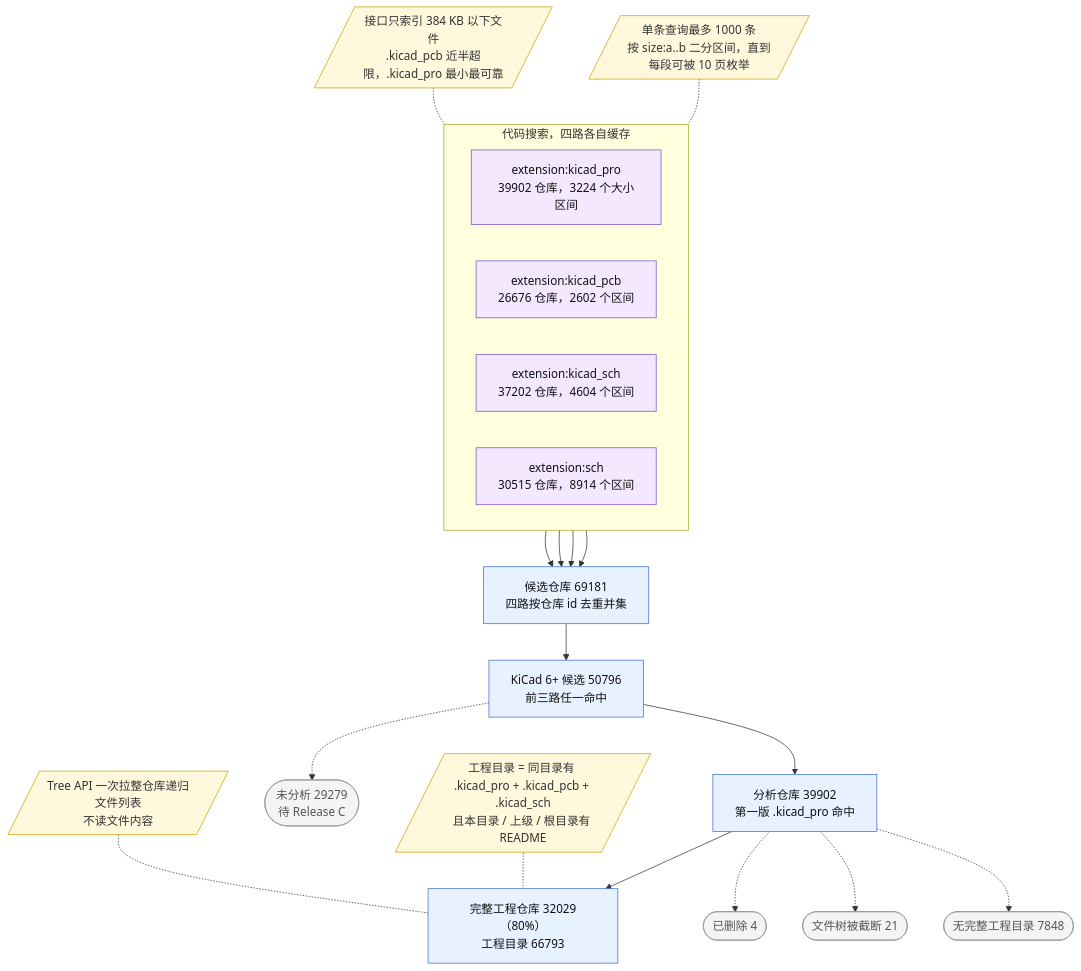
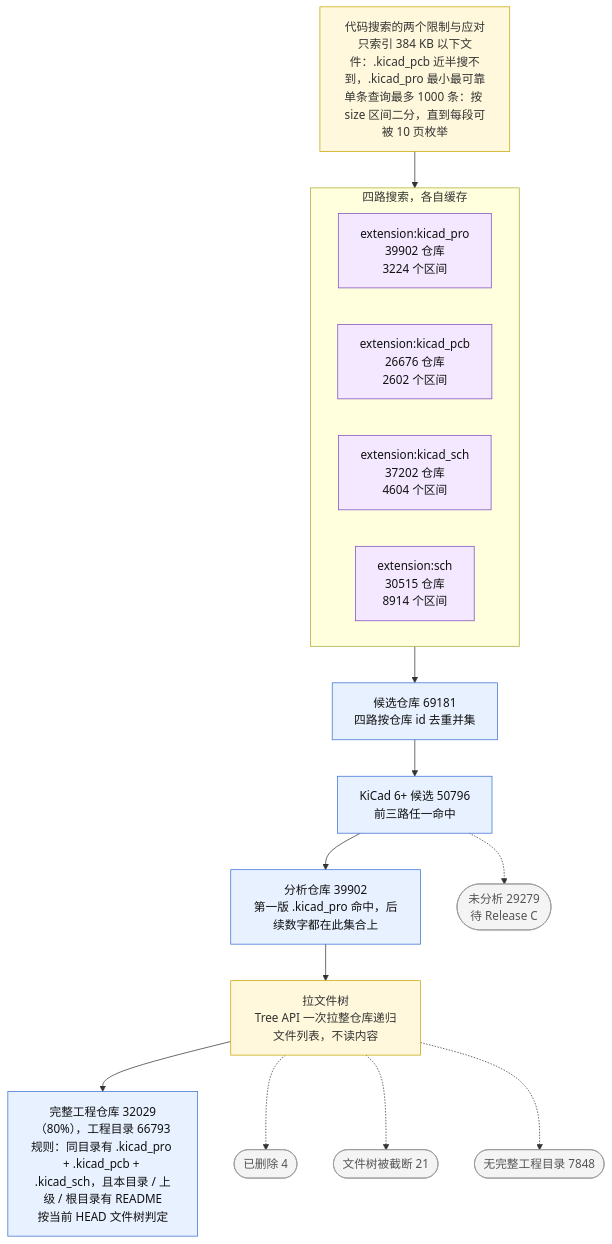
Before and after one commit to Xiafyjck/github_kicad_project_scout: the second of 5 diagrams in reports/progress_report.md, drawn with Mermaid. The commit also changed other lines of this file, not shown here.

````diff
--- a/reports/progress_report.md
+++ b/reports/progress_report.md
@@ -136,43 +136,26 @@
 ```mermaid
 flowchart TB
-    classDef note fill:#fff8dc,stroke:#c9a400,color:#333
     classDef exit fill:#f4f4f4,stroke:#999,color:#555
     classDef keep fill:#e8f1ff,stroke:#3b6fd6,color:#111
     classDef src fill:#f3e8ff,stroke:#7c4dbd,color:#111
+    classDef rule fill:#fff8dc,stroke:#c9a400,color:#333
 
-    subgraph S[代码搜索，四路各自缓存]
+    L[代码搜索的两个限制与应对<br/>只索引 384 KB 以下文件：.kicad_pcb 近半搜不到，.kicad_pro 最小最可靠<br/>单条查询最多 1000 条：按 size 区间二分，直到每段可被 10 页枚举]:::rule
+    subgraph S[四路搜索，各自缓存]
         direction LR
-        K1[extension:kicad_pro<br/>39902 仓库，3224 个大小区间]:::src
-        K2[extension:kicad_pcb<br/>26676 仓库，2602 个区间]:::src
-        K3[extension:kicad_sch<br/>37202 仓库，4604 个区间]:::src
-        K4[extension:sch<br/>30515 仓库，8914 个区间]:::src
+        K1[extension:kicad_pro<br/>39902 仓库<br/>3224 个区间]:::src
+        K2[extension:kicad_pcb<br/>26676 仓库<br/>2602 个区间]:::src
+        K3[extension:kicad_sch<br/>37202 仓库<br/>4604 个区间]:::src
+        K4[extension:sch<br/>30515 仓库<br/>8914 个区间]:::src
     end
-    L1[/"接口只索引 384 KB 以下文件<br/>.kicad_pcb 近半超限，.kicad_pro 最小最可靠"/]:::note
-    L2[/"单条查询最多 1000 条<br/>按 size:a..b 二分区间，直到每段可被 10 页枚举"/]:::note
-    L1 -.- S
-    L2 -.- S
-
-    C[候选仓库 69181<br/>四路按仓库 id 去重并集]:::keep
-    C6[KiCad 6+ 候选 50796<br/>前三路任一命中]:::keep
-    A[分析仓库 39902<br/>第一版 .kicad_pro 命中]:::keep
-    CX([未分析 29279<br/>待 Release C]):::exit
-    K1 --> C
-    K2 --> C
-    K3 --> C
-    K4 --> C
-    C --> C6 --> A
-    C6 -.-> CX
-
-    T[/"Tree API 一次拉整仓库递归文件列表<br/>不读文件内容"/]:::note
-    R[/"工程目录 = 同目录有 .kicad_pro + .kicad_pcb + .kicad_sch<br/>且本目录 / 上级 / 根目录有 README"/]:::note
-    Q[完整工程仓库 32029（80%）<br/>工程目录 66793]:::keep
-    AX1([已删除 4]):::exit
-    AX2([文件树被截断 21]):::exit
-    AX3([无完整工程目录 7848]):::exit
-    T -.- Q
-    R -.- Q
-    A --> Q
-    A -.-> AX1
-    A -.-> AX2
-    A -.-> AX3
+    L --> S
+    S --> C[候选仓库 69181<br/>四路按仓库 id 去重并集]:::keep
+    C --> C6[KiCad 6+ 候选 50796<br/>前三路任一命中]:::keep
+    C6 --> A[分析仓库 39902<br/>第一版 .kicad_pro 命中，后续数字都在此集合上]:::keep
+    C6 -.-> CX([未分析 29279<br/>待 Release C]):::exit
+    A --> T[拉文件树<br/>Tree API 一次拉整仓库递归文件列表，不读内容]:::rule
+    T --> Q[完整工程仓库 32029（80%），工程目录 66793<br/>规则：同目录有 .kicad_pro + .kicad_pcb + .kicad_sch，且本目录 / 上级 / 根目录有 README<br/>按当前 HEAD 文件树判定]:::keep
+    T -.-> AX1([已删除 4]):::exit
+    T -.-> AX2([文件树被截断 21]):::exit
+    T -.-> AX3([无完整工程目录 7848]):::exit
 ```
````
